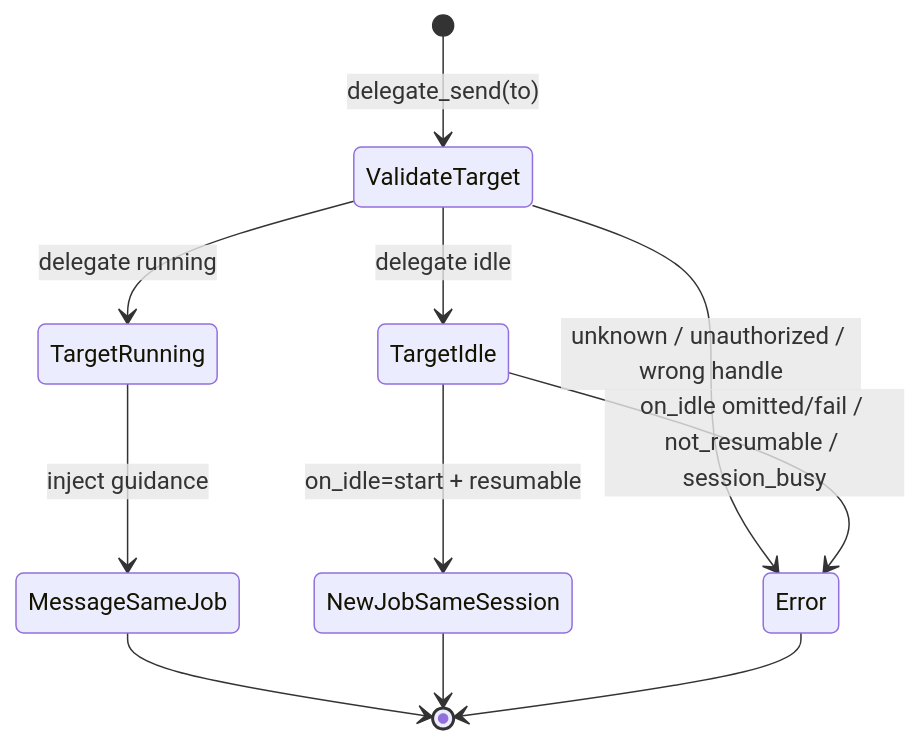
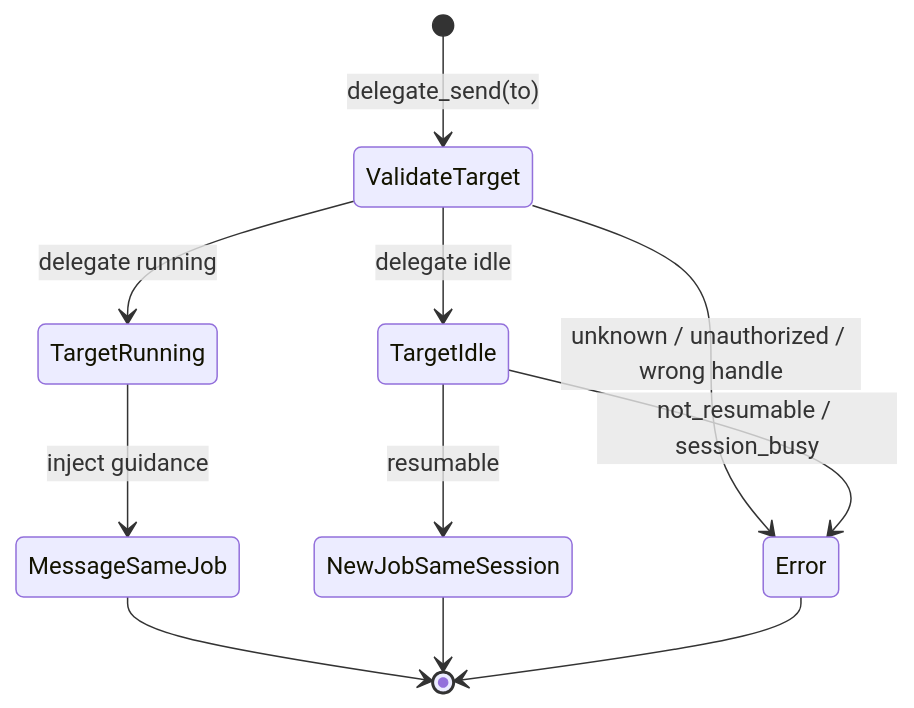
One commit to prime-radiant-inc/evener changed the second of 7 diagrams in docs/job-control.md. Above: the diagram before and after it, drawn with Mermaid. The commit also changed other lines of this file and 5 other files, not shown here.

````diff
--- a/docs/job-control.md
+++ b/docs/job-control.md
@@ -432,13 +429,13 @@
 ```mermaid
 stateDiagram-v2
     [*] --> ValidateTarget: delegate_send(to)
     ValidateTarget --> Error: unknown / unauthorized / wrong handle
     ValidateTarget --> TargetRunning: delegate running
     ValidateTarget --> TargetIdle: delegate idle
     TargetRunning --> MessageSameJob: inject guidance
-    TargetIdle --> NewJobSameSession: on_idle=start + resumable
-    TargetIdle --> Error: on_idle omitted/fail / not_resumable / session_busy
+    TargetIdle --> NewJobSameSession: resumable
+    TargetIdle --> Error: not_resumable / session_busy
     MessageSameJob --> [*]
     NewJobSameSession --> [*]
     Error --> [*]
 ```
````
